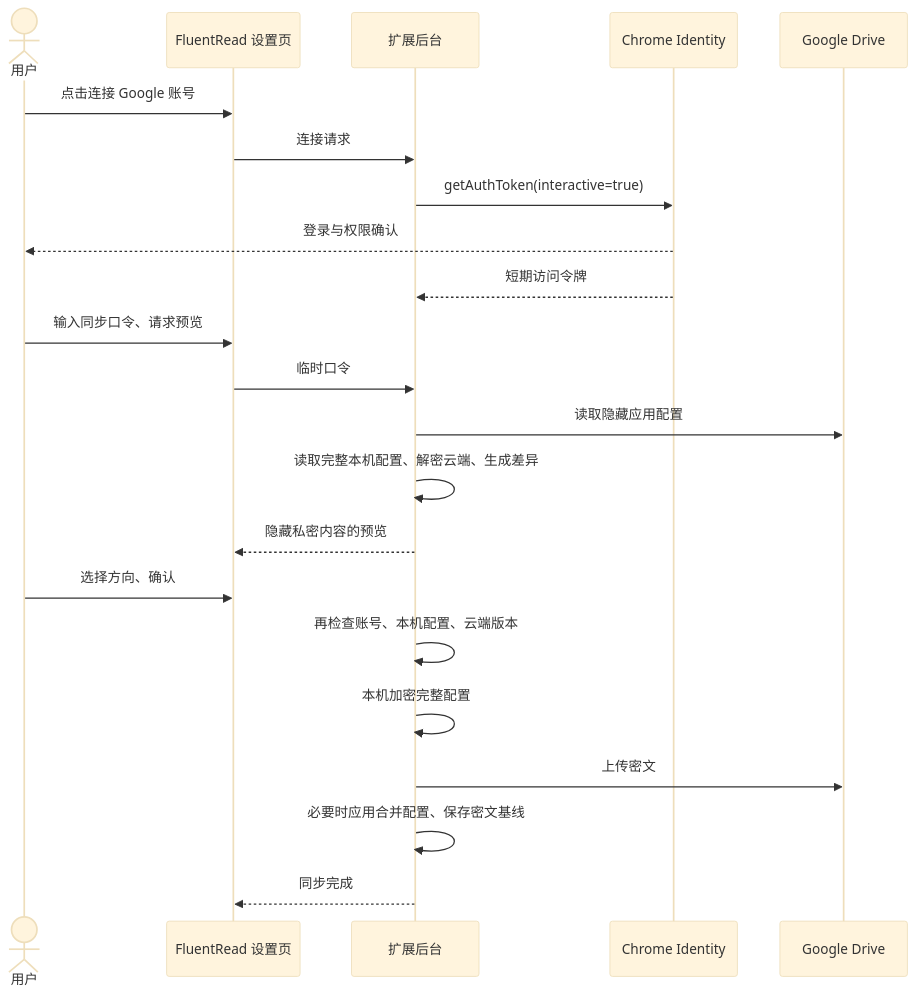
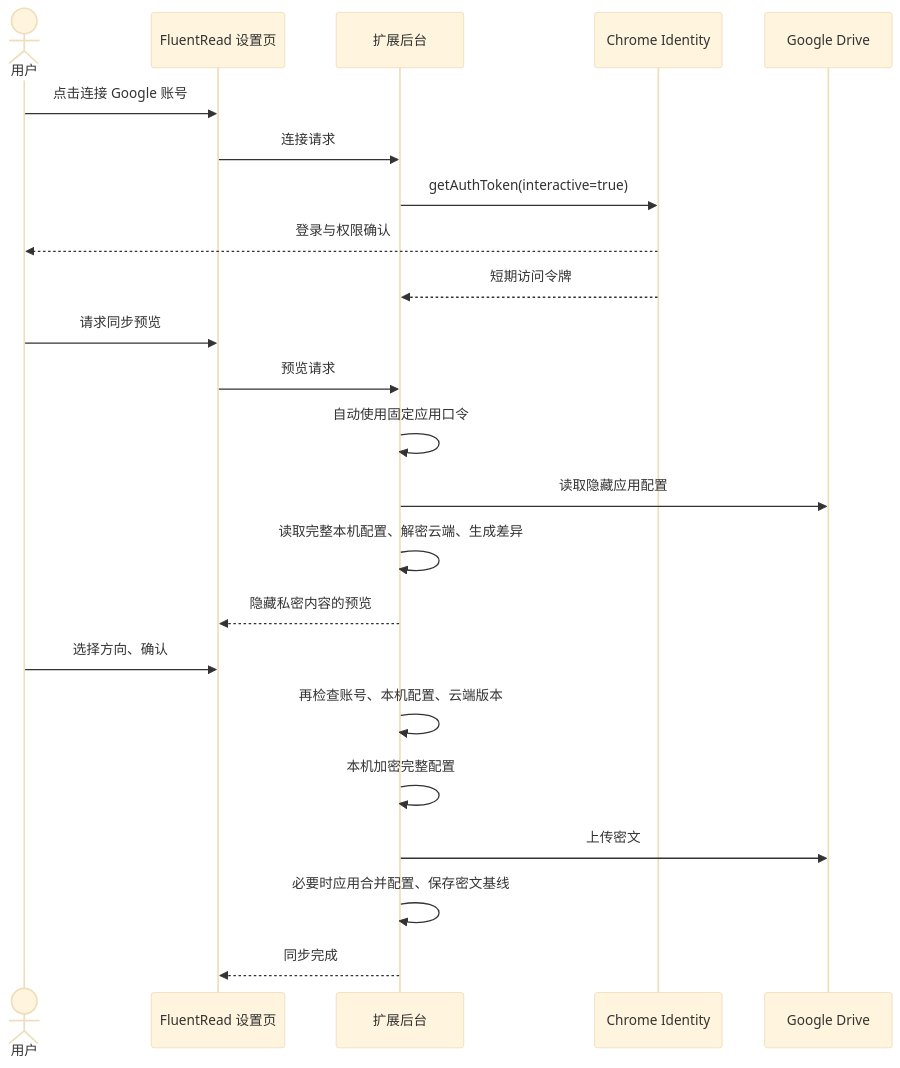
One commit to ArietidsZ/FluentRead changed the first of 4 diagrams in docs/maintainers/google-drive-sync-guide.md. Above: the diagram before and after it, drawn with Mermaid (base theme). The commit also changed other lines of this file and 17 other files, not shown here.

````diff
--- a/docs/maintainers/google-drive-sync-guide.md
+++ b/docs/maintainers/google-drive-sync-guide.md
@@ -39,24 +39,25 @@
 ```mermaid
 sequenceDiagram
     actor U as 用户
     participant S as FluentRead 设置页
     participant B as 扩展后台
     participant C as Chrome Identity
     participant G as Google Drive
     U->>S: 点击连接 Google 账号
     S->>B: 连接请求
     B->>C: getAuthToken(interactive=true)
     C-->>U: 登录与权限确认
     C-->>B: 短期访问令牌
-    U->>S: 输入同步口令、请求预览
-    S->>B: 临时口令
+    U->>S: 请求同步预览
+    S->>B: 预览请求
+    B->>B: 自动使用固定应用口令
     B->>G: 读取隐藏应用配置
     B->>B: 读取完整本机配置、解密云端、生成差异
     B-->>S: 隐藏私密内容的预览
     U->>S: 选择方向、确认
     B->>B: 再检查账号、本机配置、云端版本
     B->>B: 本机加密完整配置
     B->>G: 上传密文
     B->>B: 必要时应用合并配置、保存密文基线
     B-->>S: 同步完成
 ```
````
